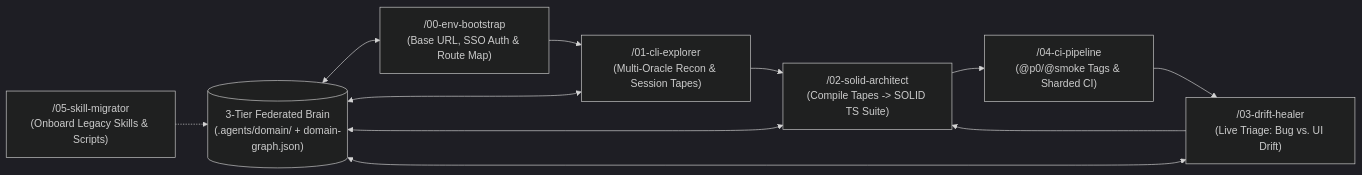
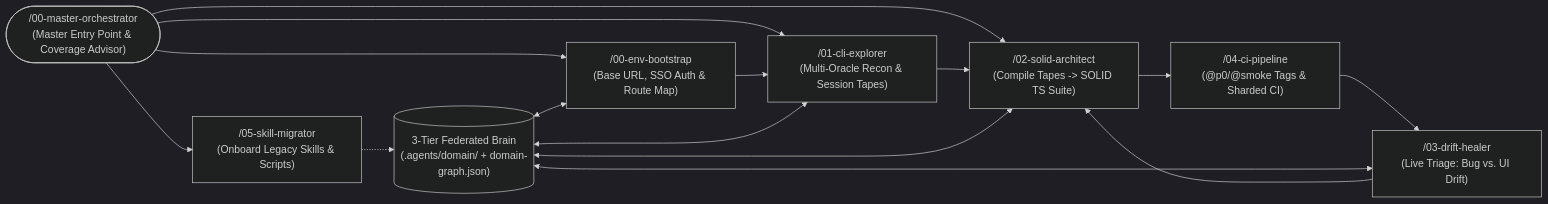
One commit to letstrnsfrm-ai/agentic-solid-qe changed the first of 2 diagrams in README.md. Above: the diagram before and after it, drawn with Mermaid (dark theme). The commit also changed other lines of this file and 13 other files, not shown here.

Commit message:
feat: add 00-master-orchestrator entry-point skill, 5-stage incremental coverage ladder, and CLI orchestrate command

````diff
--- a/README.md
+++ b/README.md
@@ -28,13 +28,17 @@
 ```mermaid
 flowchart LR
+  MO(["/00-master-orchestrator\n(Master Entry Point & Coverage Advisor)"]) --> S00
+  MO --> S01
+  MO --> S02
+  MO --> S05
   S05["/05-skill-migrator\n(Onboard Legacy Skills & Scripts)"] -.-> Brain
   S00["/00-env-bootstrap\n(Base URL, SSO Auth & Route Map)"] --> S01["/01-cli-explorer\n(Multi-Oracle Recon & Session Tapes)"]
   S01 --> S02["/02-solid-architect\n(Compile Tapes -> SOLID TS Suite)"]
   S02 --> S04["/04-ci-pipeline\n(@p0/@smoke Tags & Sharded CI)"]
   S04 --> S03["/03-drift-healer\n(Live Triage: Bug vs. UI Drift)"]
   S03 --> S02
   Brain[("3-Tier Federated Brain\n(.agents/domain/ + domain-graph.json)")] <--> S00
   Brain <--> S01
   Brain <--> S02
   Brain <--> S03
 ```
````
